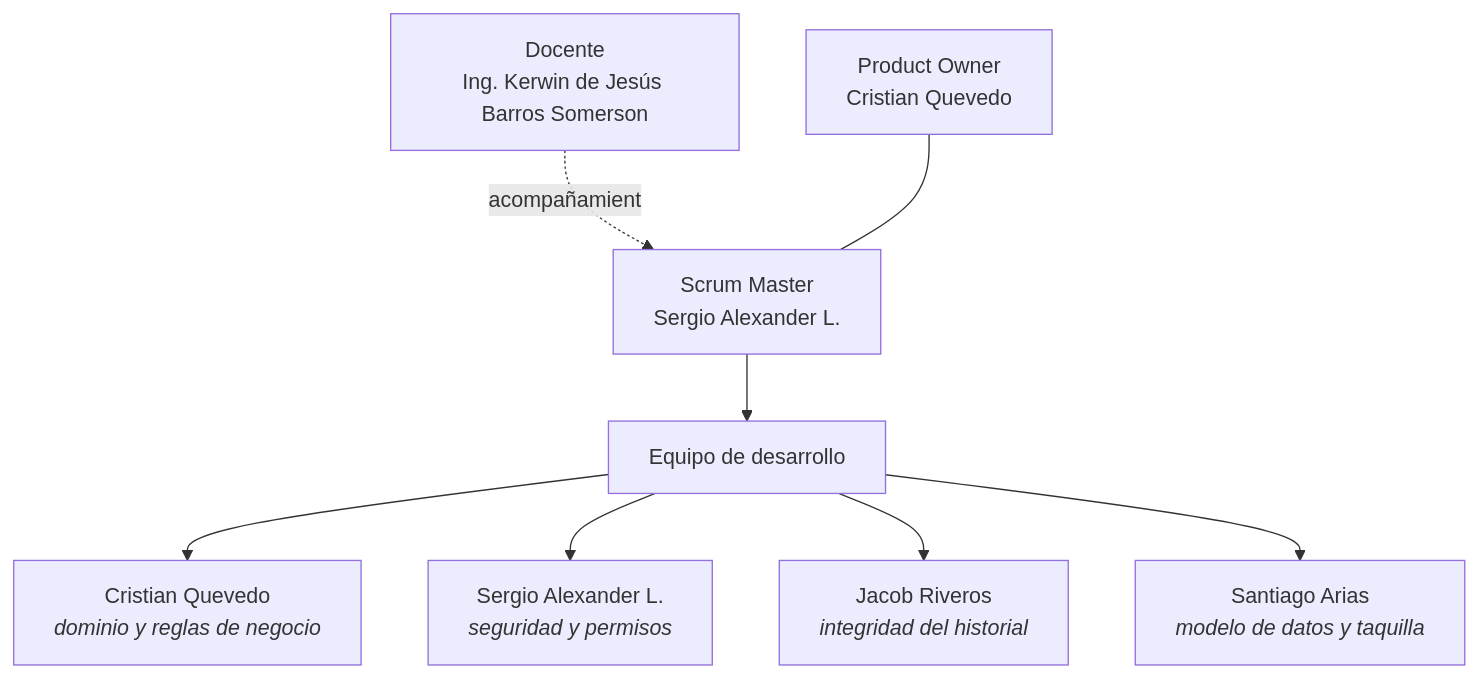
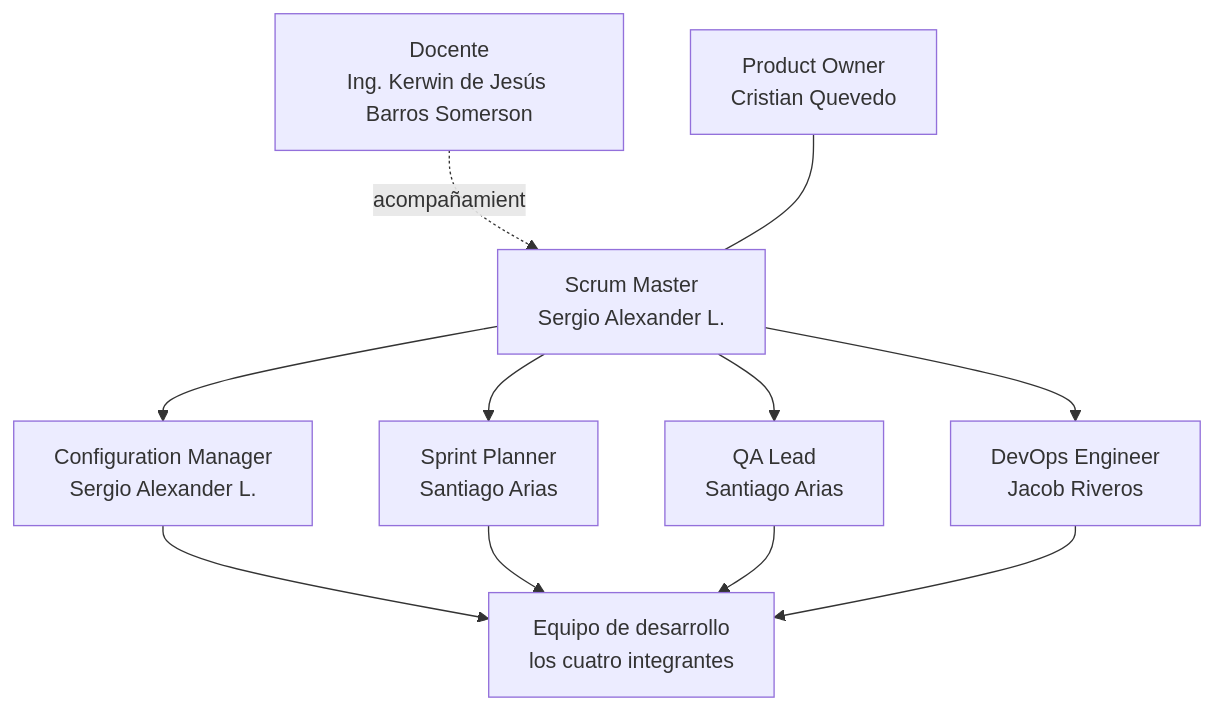
Before and after one commit to Alexander-hub-co/Fundamentos_Ing_SW: the diagram in Docs/Entrega-1/organigrama.md, drawn with Mermaid. The commit also changed other lines of this file and 1 other file, not shown here.

First line of the commit message:
docs: el README adopta la estructura de la plantilla del curso

````diff
--- a/Docs/Entrega-1/organigrama.md
+++ b/Docs/Entrega-1/organigrama.md
@@ -9,19 +9,22 @@
 ```mermaid
 flowchart TD
     D["Docente<br/>Ing. Kerwin de Jesús Barros Somerson"]
     PO["Product Owner<br/>Cristian Quevedo"]
     SM["Scrum Master<br/>Sergio Alexander L."]
-    ED["Equipo de desarrollo"]
-    E1["Cristian Quevedo<br/><i>dominio y reglas de negocio</i>"]
-    E2["Sergio Alexander L.<br/><i>seguridad y permisos</i>"]
-    E3["Jacob Riveros<br/><i>integridad del historial</i>"]
-    E4["Santiago Arias<br/><i>modelo de datos y taquilla</i>"]
+    CM["Configuration Manager<br/>Sergio Alexander L."]
+    SP["Sprint Planner<br/>Santiago Arias"]
+    QA["QA Lead<br/>Santiago Arias"]
+    DO["DevOps Engineer<br/>Jacob Riveros"]
+    ED["Equipo de desarrollo<br/>los cuatro integrantes"]
 
     D -.acompañamiento.-> SM
     PO --- SM
-    SM --> ED
-    ED --> E1
-    ED --> E2
-    ED --> E3
-    ED --> E4
+    SM --> CM
+    SM --> SP
+    SM --> QA
+    SM --> DO
+    CM --> ED
+    SP --> ED
+    QA --> ED
+    DO --> ED
 ```
````
